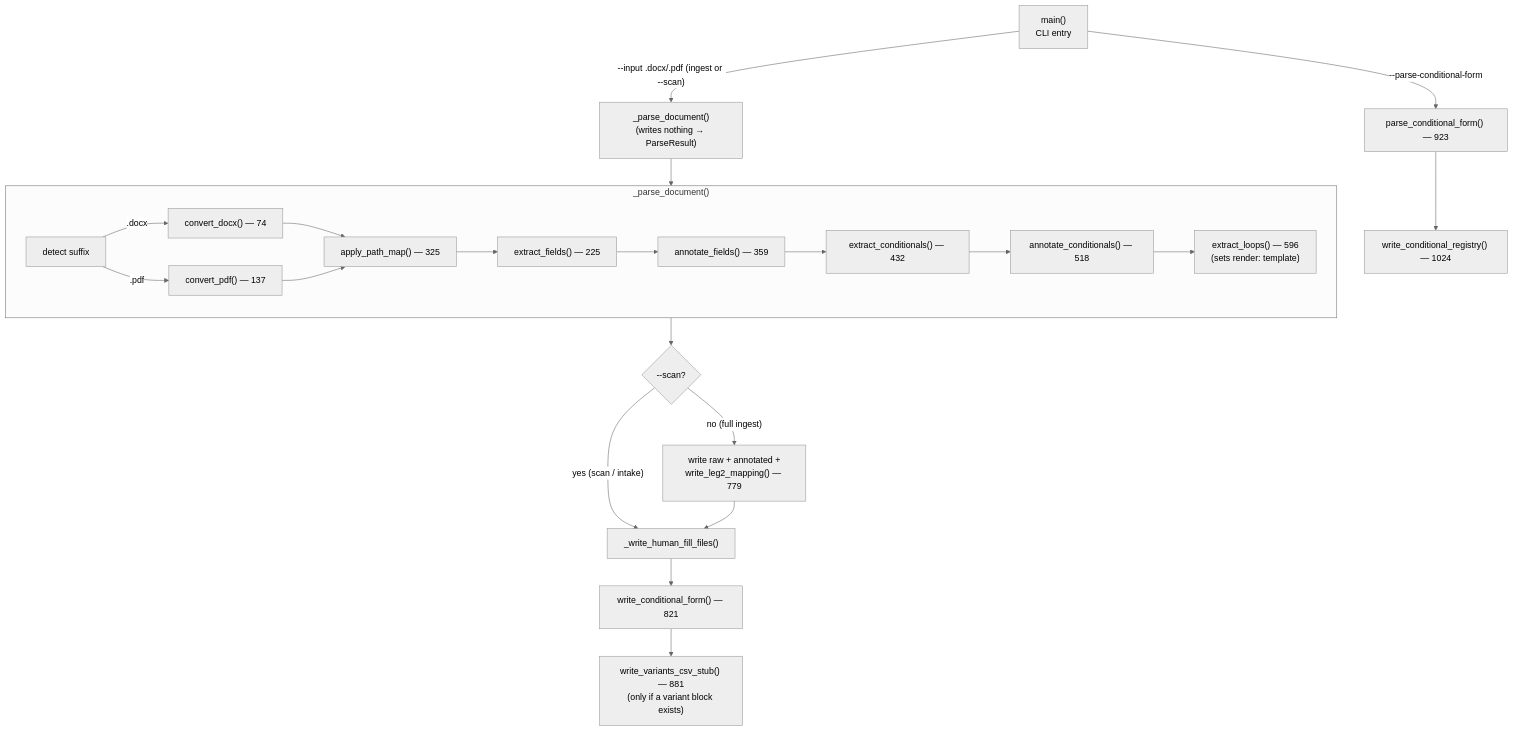
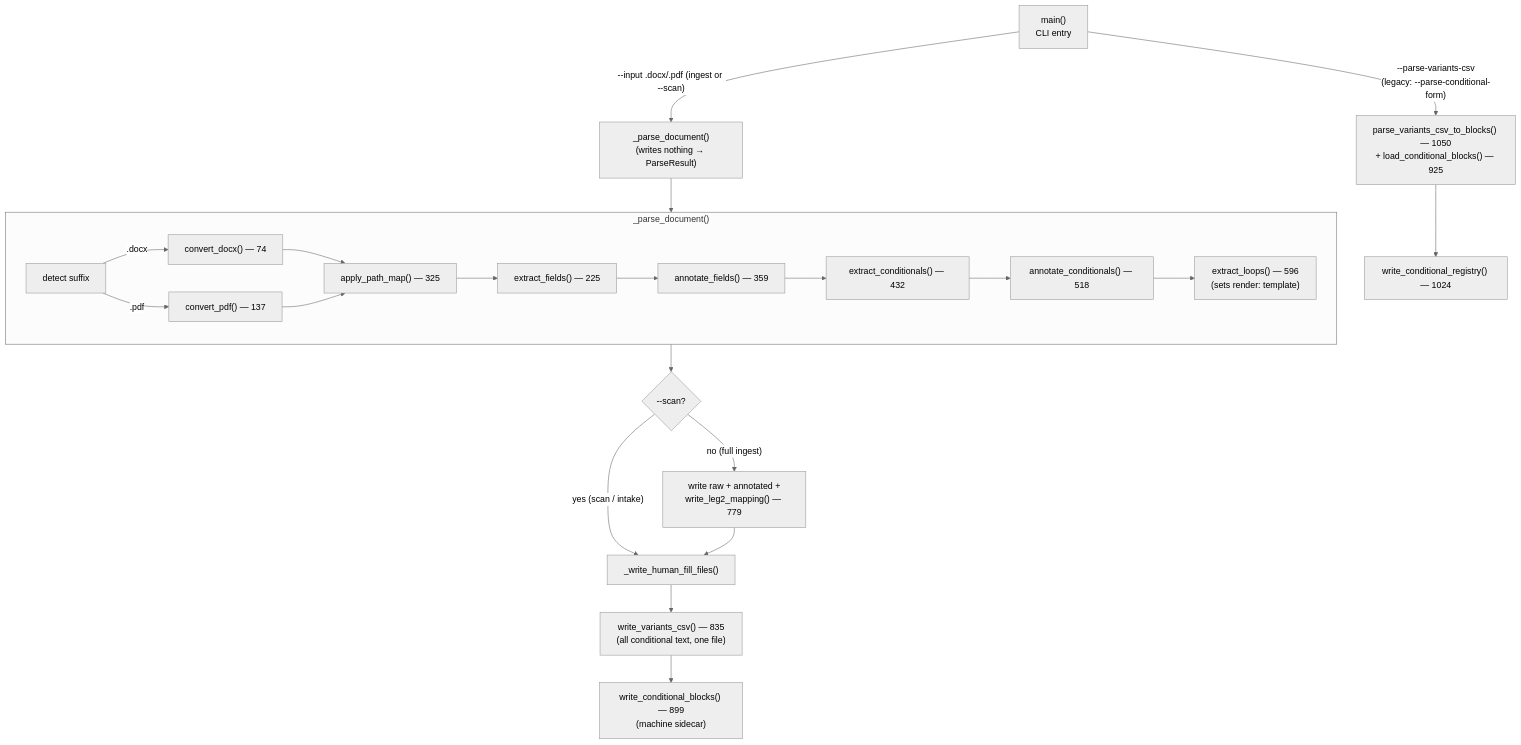
The first of 5 diagrams in docs/leg-internals.md (joshlawrence-web/socotra-document-conversion), drawn with Mermaid (neutral theme) before and after one commit. The commit also changed other lines of this file and 31 other files, not shown here.

````diff
--- a/docs/leg-internals.md
+++ b/docs/leg-internals.md
@@ -16,27 +16,27 @@
 ```mermaid
 flowchart TD
-  A["main()<br/>CLI entry"] -->|--parse-conditional-form| B["parse_conditional_form() — 923"]
+  A["main()<br/>CLI entry"] -->|"--parse-variants-csv<br/>(legacy: --parse-conditional-form)"| B["parse_variants_csv_to_blocks() — 1050<br/>+ load_conditional_blocks() — 925"]
   A -->|"--input .docx/.pdf (ingest or --scan)"| P["_parse_document()<br/>(writes nothing → ParseResult)"]
 
   subgraph PD["_parse_document()"]
     C["detect suffix"]
     C -->|.docx| D["convert_docx() — 74"]
     C -->|.pdf| E["convert_pdf() — 137"]
     D --> F["apply_path_map() — 325"]
     E --> F
     F --> G["extract_fields() — 225"]
     G --> H["annotate_fields() — 359"]
     H --> I["extract_conditionals() — 432"]
     I --> J["annotate_conditionals() — 518"]
     J --> K["extract_loops() — 596<br/>(sets render: template)"]
   end
 
   P --> PD
   PD --> Q{--scan?}
   Q -->|"yes (scan / intake)"| W["_write_human_fill_files()"]
   Q -->|"no (full ingest)"| L["write raw + annotated +<br/>write_leg2_mapping() — 779"]
   L --> W
-  W --> M["write_conditional_form() — 821"]
-  M --> N["write_variants_csv_stub() — 881<br/>(only if a variant block exists)"]
+  W --> M["write_variants_csv() — 835<br/>(all conditional text, one file)"]
+  M --> N["write_conditional_blocks() — 899<br/>(machine sidecar)"]
   B --> O["write_conditional_registry() — 1024"]
 ```
````
